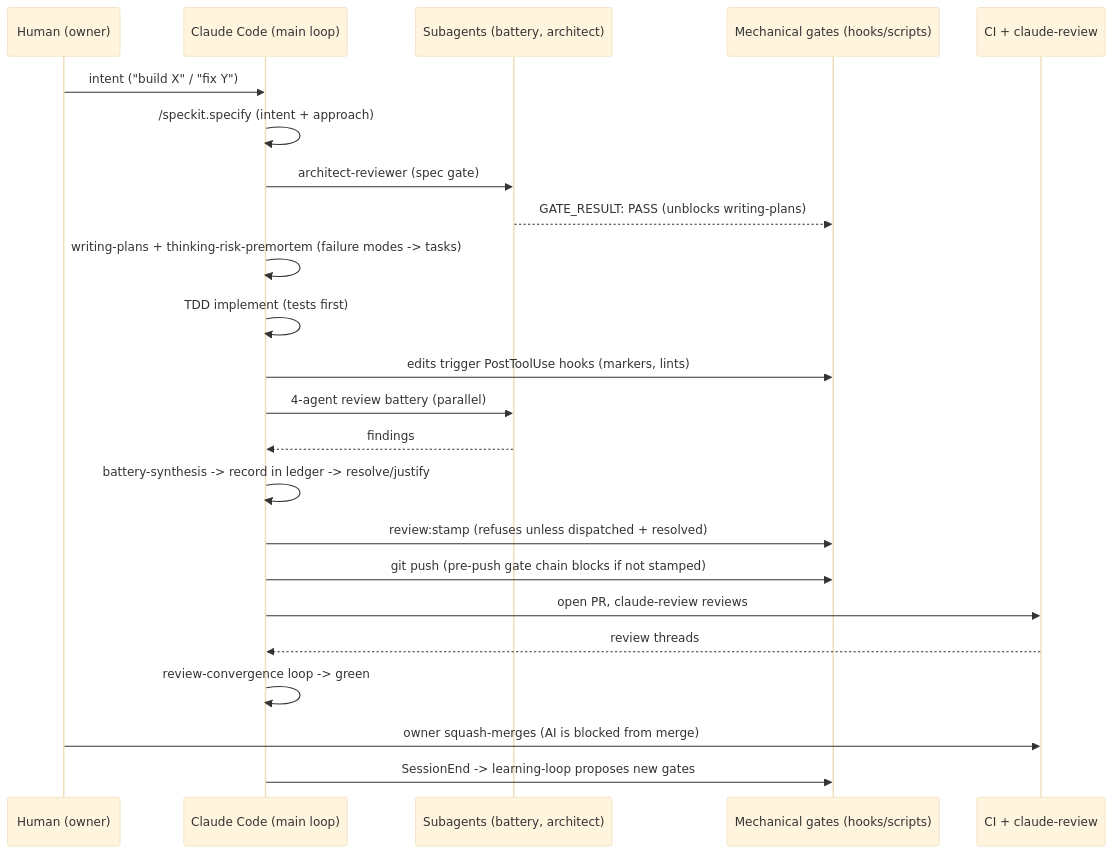
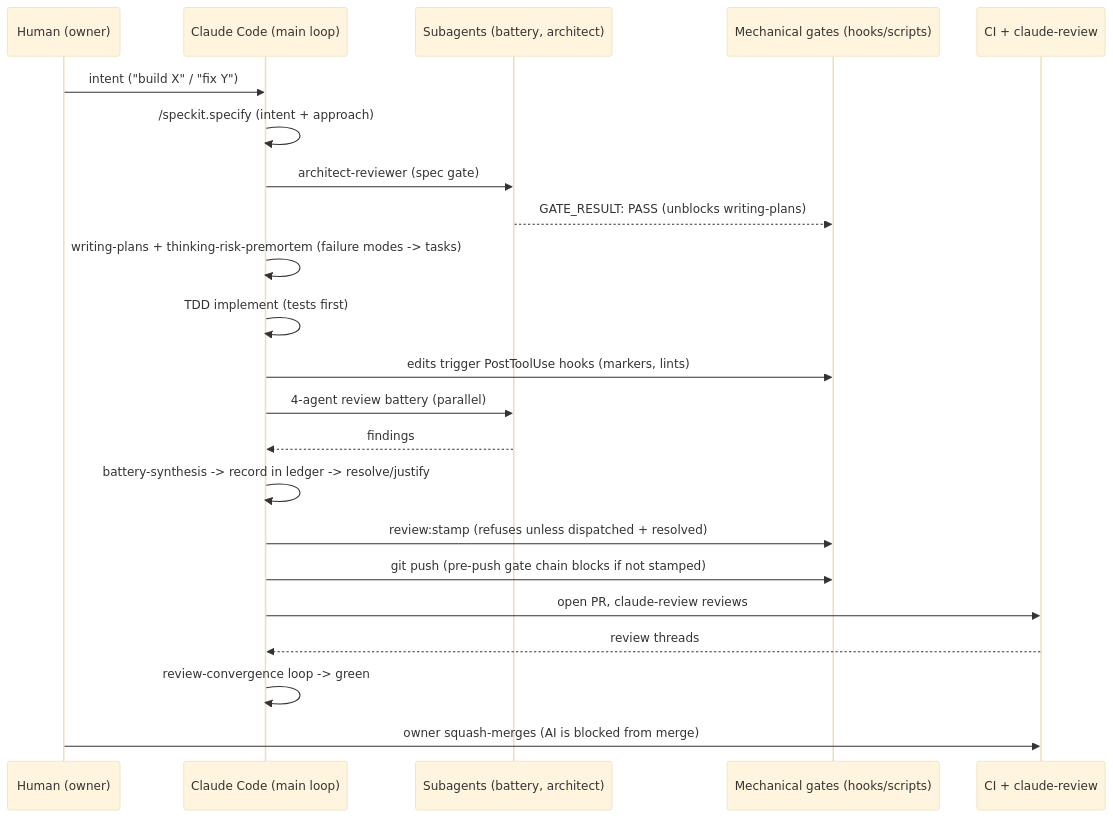
Before and after one commit to erikunha/portfolio: the first of 3 diagrams in docs/handbook/ai-assisted-development.md, drawn with Mermaid (base theme). The commit also changed other lines of this file and 39 other files, not shown here.

````diff
--- a/docs/handbook/ai-assisted-development.md
+++ b/docs/handbook/ai-assisted-development.md
@@ -7,26 +7,25 @@
 ```mermaid
 sequenceDiagram
     participant H as Human (owner)
     participant C as Claude Code (main loop)
     participant A as Subagents (battery, architect)
     participant G as Mechanical gates (hooks/scripts)
     participant CI as CI + claude-review
 
     H->>C: intent ("build X" / "fix Y")
     C->>C: /speckit.specify (intent + approach)
     C->>A: architect-reviewer (spec gate)
     A-->>G: GATE_RESULT: PASS (unblocks writing-plans)
     C->>C: writing-plans + thinking-risk-premortem (failure modes -> tasks)
     C->>C: TDD implement (tests first)
     C->>G: edits trigger PostToolUse hooks (markers, lints)
     C->>A: 4-agent review battery (parallel)
     A-->>C: findings
     C->>C: battery-synthesis -> record in ledger -> resolve/justify
     C->>G: review:stamp (refuses unless dispatched + resolved)
     C->>G: git push (pre-push gate chain blocks if not stamped)
     C->>CI: open PR, claude-review reviews
     CI-->>C: review threads
     C->>C: review-convergence loop -> green
     H->>CI: owner squash-merges (AI is blocked from merge)
-    C->>G: SessionEnd -> learning-loop proposes new gates
 ```
````
